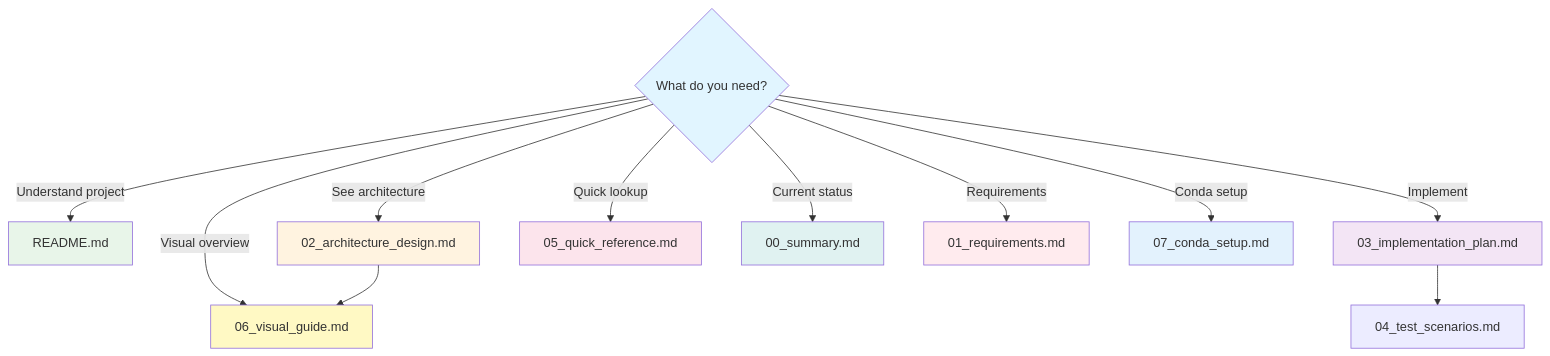
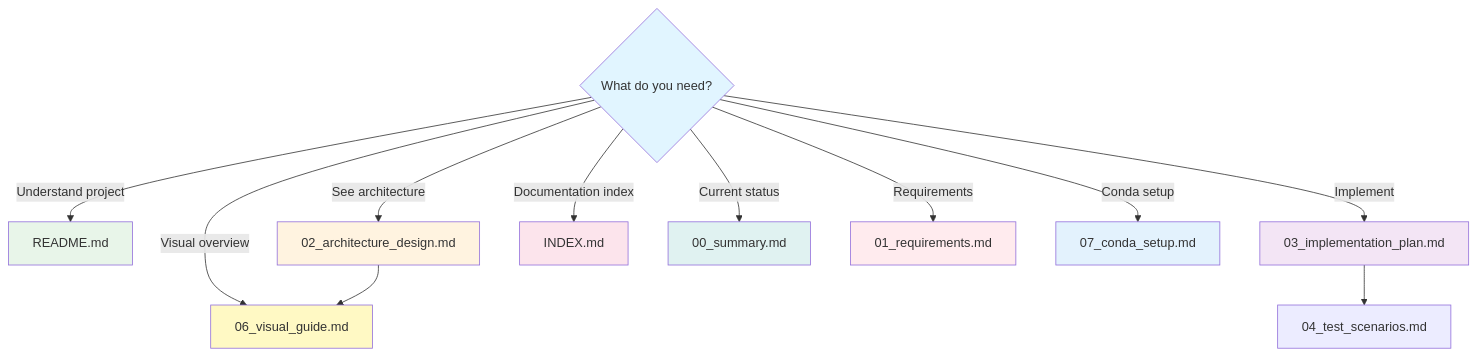
Before and after one commit to anaconda/anaconda-otel-python: the tenth of 10 diagrams in tests/e2e_qa/_docs/06_visual_guide.md, drawn with Mermaid. The commit also changed 7 other files, not shown here.

````diff
--- a/tests/e2e_qa/_docs/06_visual_guide.md
+++ b/tests/e2e_qa/_docs/06_visual_guide.md
@@ -269,25 +269,25 @@
 ```mermaid
 flowchart TD
     A{What do you need?}
     A -->|Understand project| B[README.md]
     A -->|See architecture| C[02_architecture_design.md]
     A -->|Implement| D[03_implementation_plan.md]
-    A -->|Quick lookup| E[05_quick_reference.md]
+    A -->|Documentation index| E[INDEX.md]
     A -->|Current status| F[00_summary.md]
     A -->|Visual overview| G[06_visual_guide.md]
     A -->|Requirements| H[01_requirements.md]
     A -->|Conda setup| I[07_conda_setup.md]
     
     C --> G
     D --> J[04_test_scenarios.md]
     
     style A fill:#e1f5ff
     style B fill:#e8f5e9
     style C fill:#fff3e0
     style D fill:#f3e5f5
     style E fill:#fce4ec
     style F fill:#e0f2f1
     style G fill:#fff9c4
     style H fill:#ffebee
     style I fill:#e3f2fd
 ```
````
